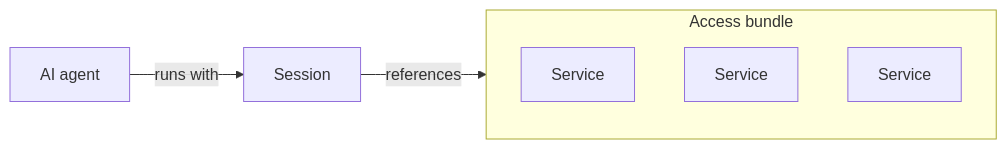
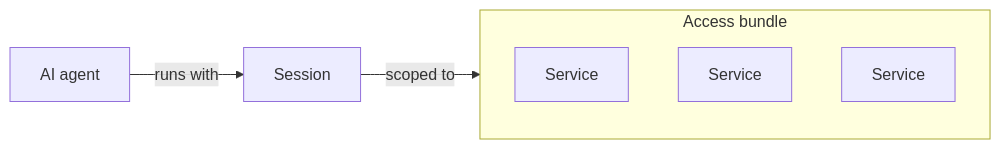
One commit to Infisical/infisical changed the fourth of 6 diagrams in docs/documentation/platform/agent-vault/how-it-works.mdx. Above: the diagram before and after it, drawn with Mermaid. The commit also changed other lines of this file and 5 other files, not shown here.

````diff
--- a/docs/documentation/platform/agent-vault/how-it-works.mdx
+++ b/docs/documentation/platform/agent-vault/how-it-works.mdx
@@ -63,10 +63,10 @@
     ```mermaid
     flowchart LR
       agent["AI agent"] -->|"runs with"| session["Session"]
-      session -->|"references"| bundle
+      session -->|"scoped to"| bundle
       subgraph bundle["Access bundle"]
         s1["Service"]
         s2["Service"]
         s3["Service"]
       end
     ```
````
